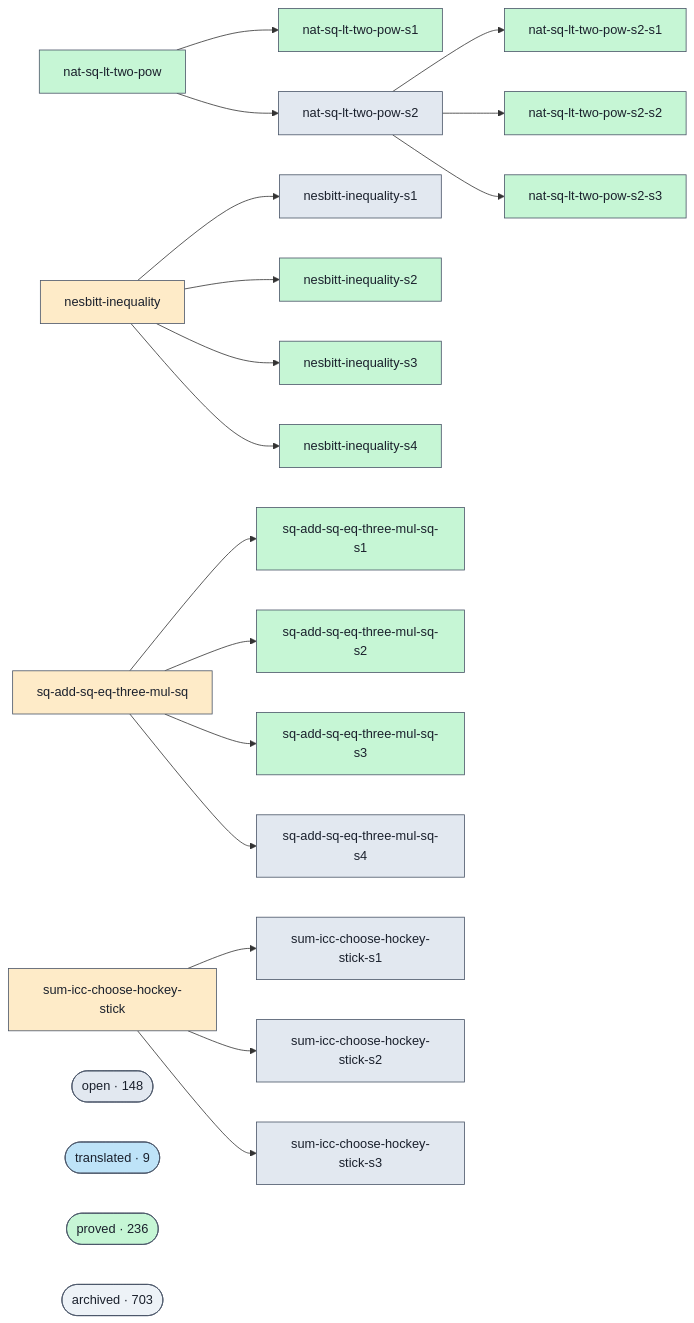
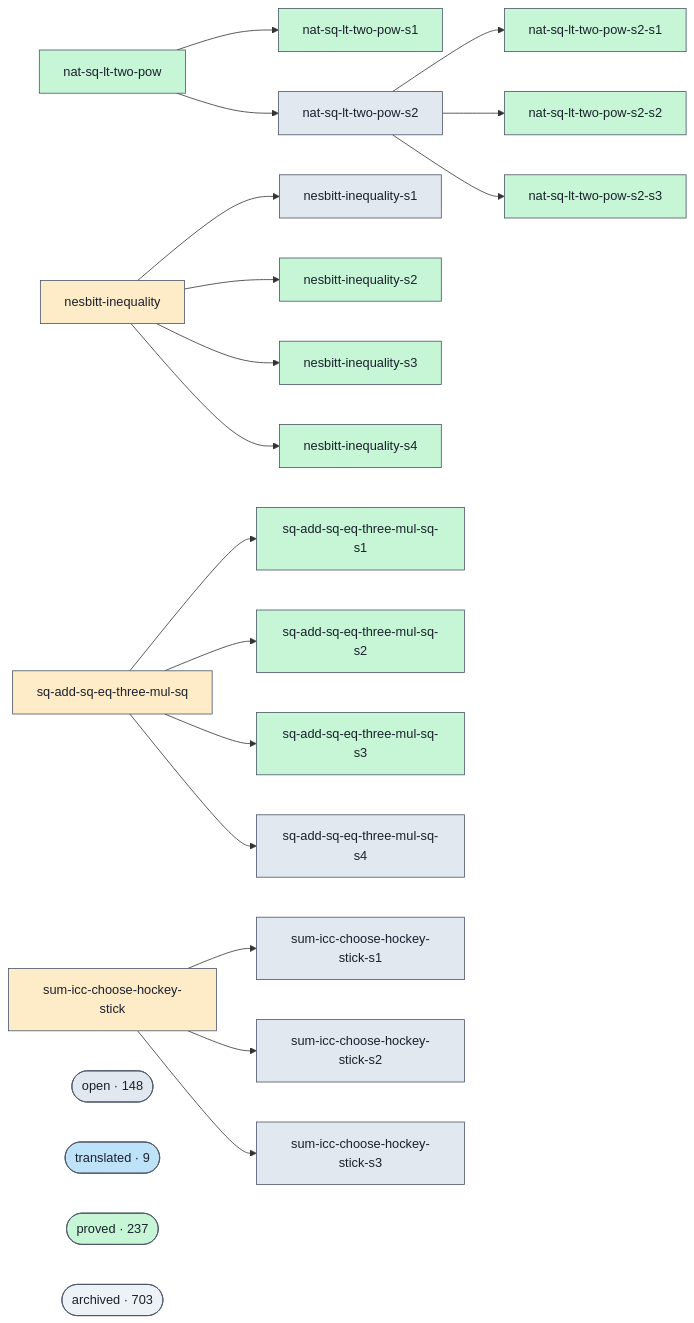
The diagram in docs/proofs-contributors-visualisation.md (ohdearquant/unsorry), drawn with Mermaid before and after one commit. The commit also changed other lines of this file and 2 other files, not shown here.

```diff
--- a/docs/proofs-contributors-visualisation.md
+++ b/docs/proofs-contributors-visualisation.md
@@ -102,7 +102,7 @@
   class cluster_open open;
   cluster_translated(["translated · 9"])
   class cluster_translated translated;
-  cluster_proved(["proved · 236"])
+  cluster_proved(["proved · 237"])
   class cluster_proved proved;
   cluster_archived(["archived · 703"])
   class cluster_archived unknown;
```
